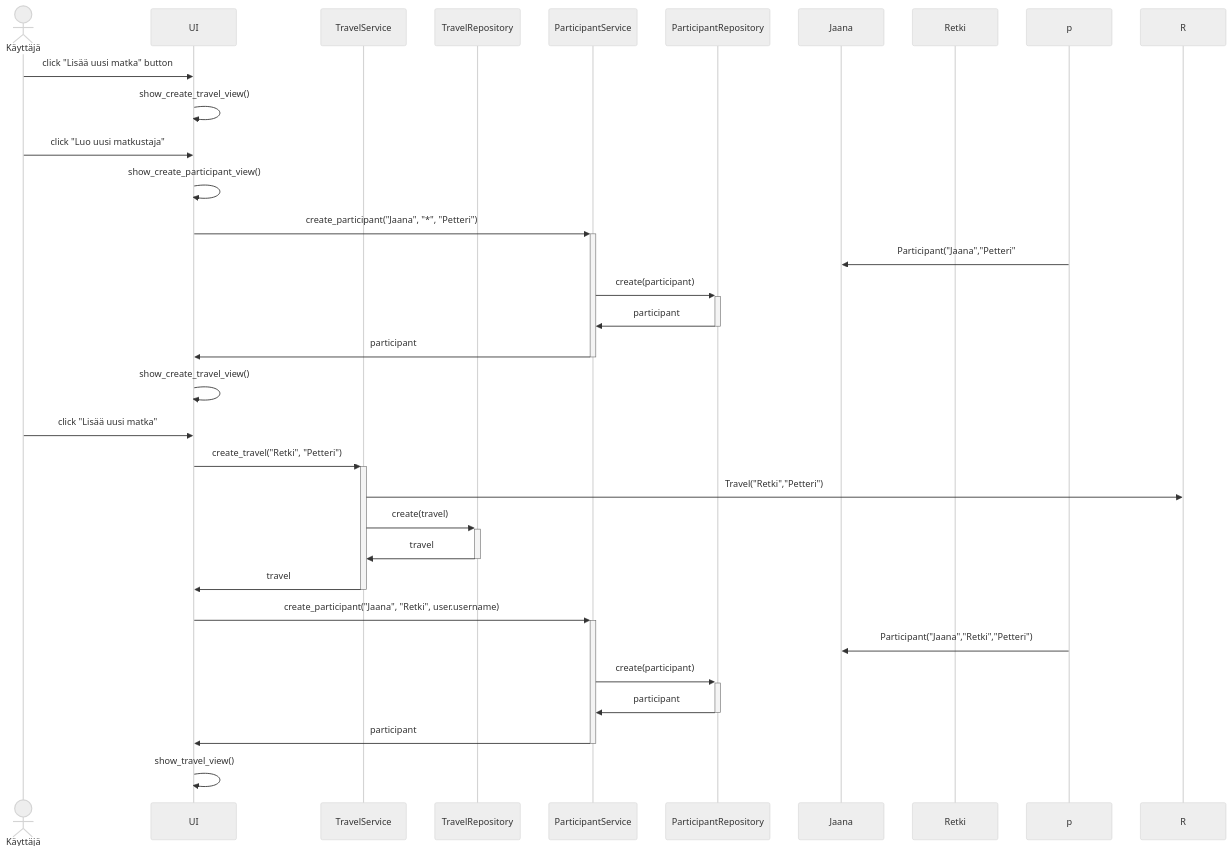
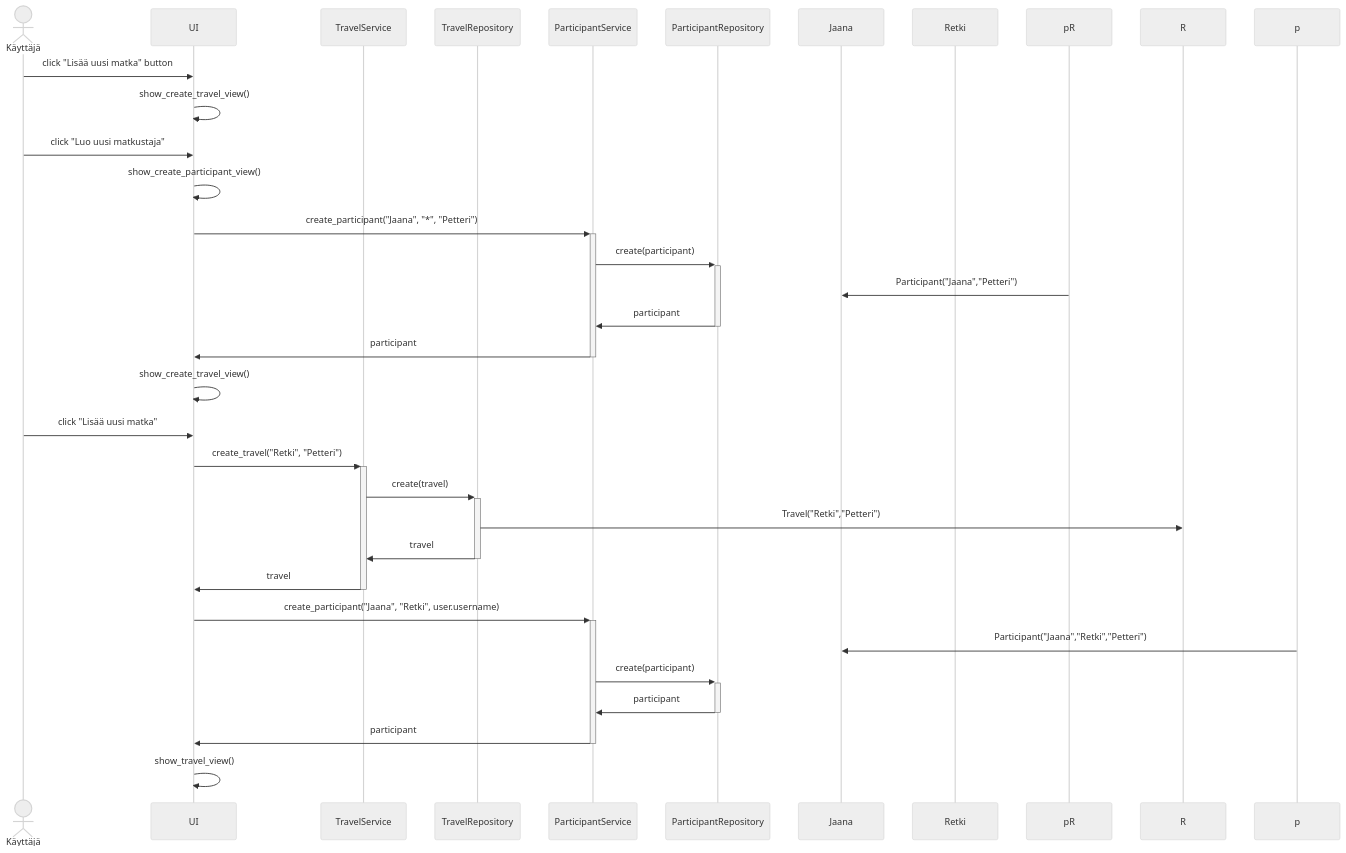
The third of 3 diagrams in travel-expense-calculator-app/dokumentaatio/arkkitehtuuri.md (phuvio/ot-harjoitustyo), drawn with Mermaid (neutral theme) before and after one commit. The commit also changed other lines of this file, not shown here.

````diff
--- a/travel-expense-calculator-app/dokumentaatio/arkkitehtuuri.md
+++ b/travel-expense-calculator-app/dokumentaatio/arkkitehtuuri.md
@@ -71,34 +71,34 @@
 ```mermaid
  sequenceDiagram
    Actor K as Käyttäjä
    participant U as UI
    participant T as TravelService
    participant TR as TravelRepository
    participant P as ParticipantService
    participant PR as ParticipantRepository
    participant J as Jaana
    participant M as Retki
    K->>U: click "Lisää uusi matka" button
    U->>U: show_create_travel_view()
    K->>U: click "Luo uusi matkustaja"
    U->>U: show_create_participant_view()
    U->>+P: create_participant("Jaana", "*", "Petteri")
-   p->>J: Participant("Jaana","Petteri"
    P->>+PR: create(participant)
+   pR->>J: Participant("Jaana","Petteri")
    PR->>-P: participant
    P->>-U: participant
    U->>U: show_create_travel_view()
    K->>U: click "Lisää uusi matka"
    U->>+T: create_travel("Retki", "Petteri")
-   T->>R: Travel("Retki","Petteri")
    T->>+TR: create(travel)
+   TR->>R: Travel("Retki","Petteri")
    TR->>-T: travel
    T->>-U: travel
    U->>+P: create_participant("Jaana", "Retki", user.username)
    p->>J: Participant("Jaana","Retki","Petteri")
    P->>+PR: create(participant)
    PR->>-P: participant
    P->>-U: participant
    U->>U: show_travel_view()
 
 ```
````
